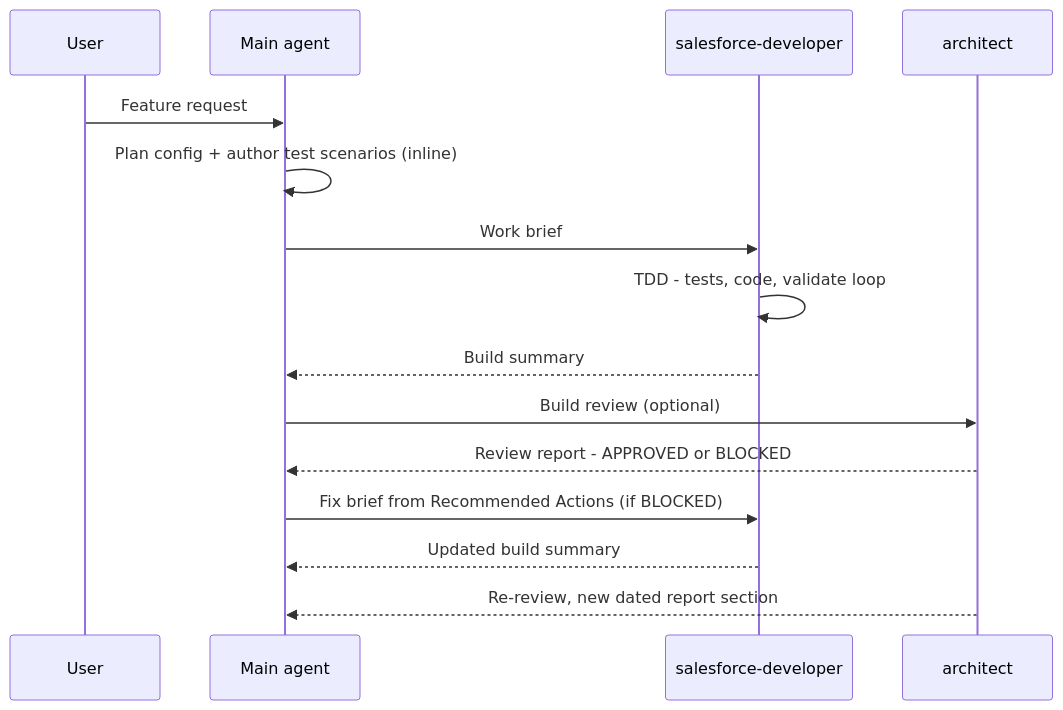
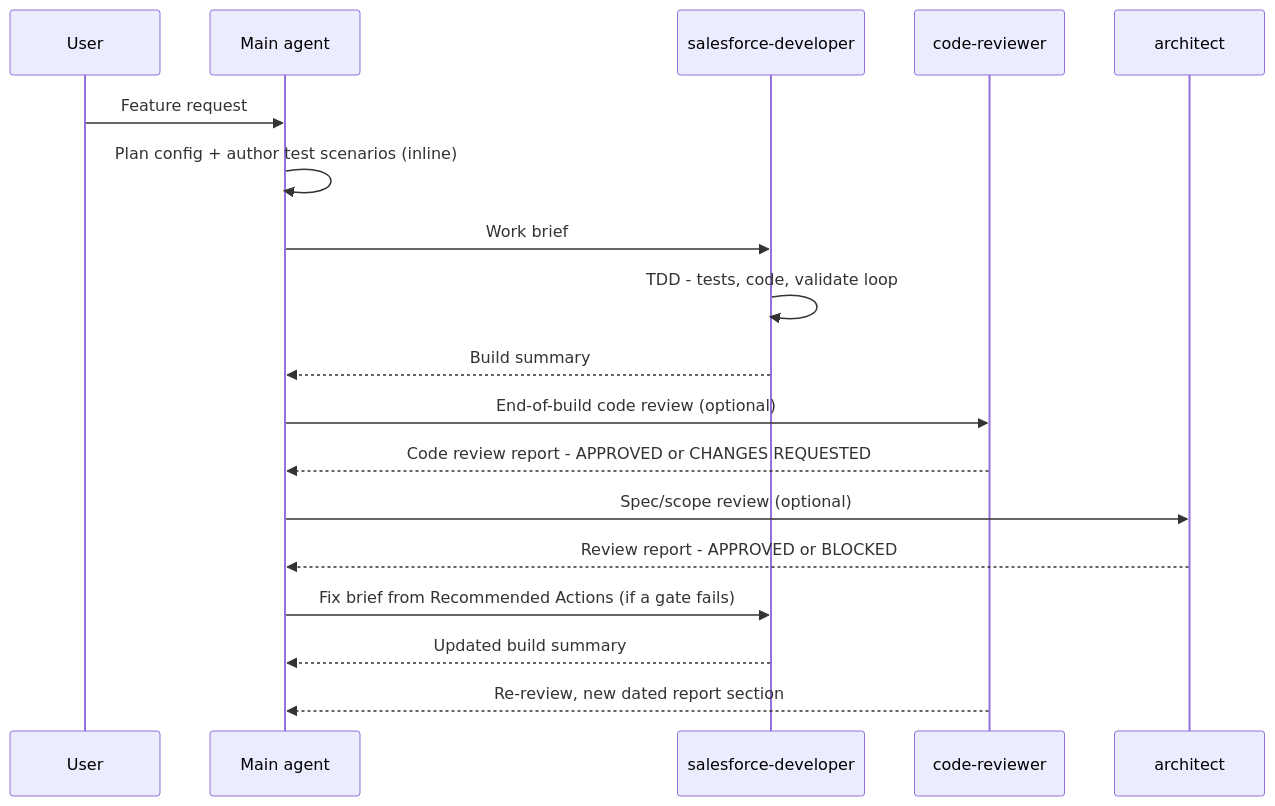
The diagram in README.md (drsaavedra/sf-agentic-development), drawn with Mermaid before and after one commit. The commit also changed other lines of this file and 19 other files, not shown here.

First line of the commit message:
Skill-routing refinement: end-of-build review, code-reviewer agent, explicit routing tables (#16)

````diff
--- a/README.md
+++ b/README.md
@@ -210,17 +217,20 @@
 ```mermaid
 sequenceDiagram
     participant U as User
     participant M as Main agent
     participant D as salesforce-developer
+    participant R as code-reviewer
     participant A as architect
     U->>M: Feature request
     M->>M: Plan config + author test scenarios (inline)
     M->>D: Work brief
     D->>D: TDD - tests, code, validate loop
     D-->>M: Build summary
-    M->>A: Build review (optional)
+    M->>R: End-of-build code review (optional)
+    R-->>M: Code review report - APPROVED or CHANGES REQUESTED
+    M->>A: Spec/scope review (optional)
     A-->>M: Review report - APPROVED or BLOCKED
-    M->>D: Fix brief from Recommended Actions (if BLOCKED)
+    M->>D: Fix brief from Recommended Actions (if a gate fails)
     D-->>M: Updated build summary
-    A-->>M: Re-review, new dated report section
+    R-->>M: Re-review, new dated report section
 ```
````
